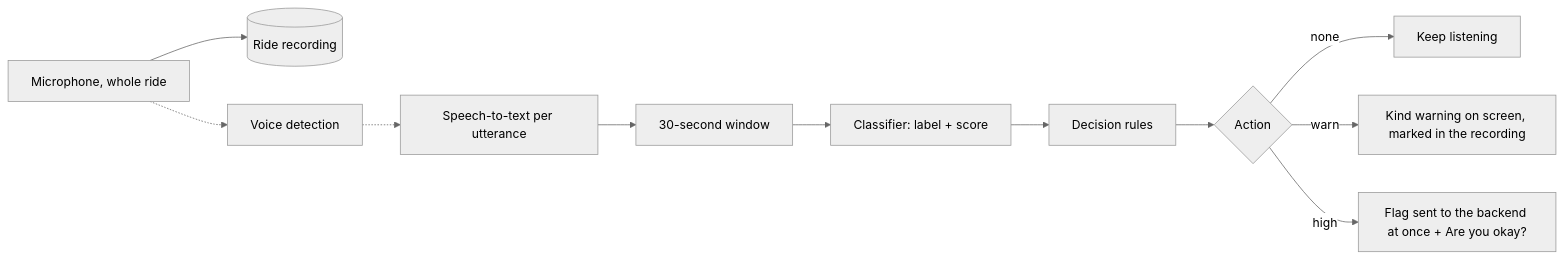
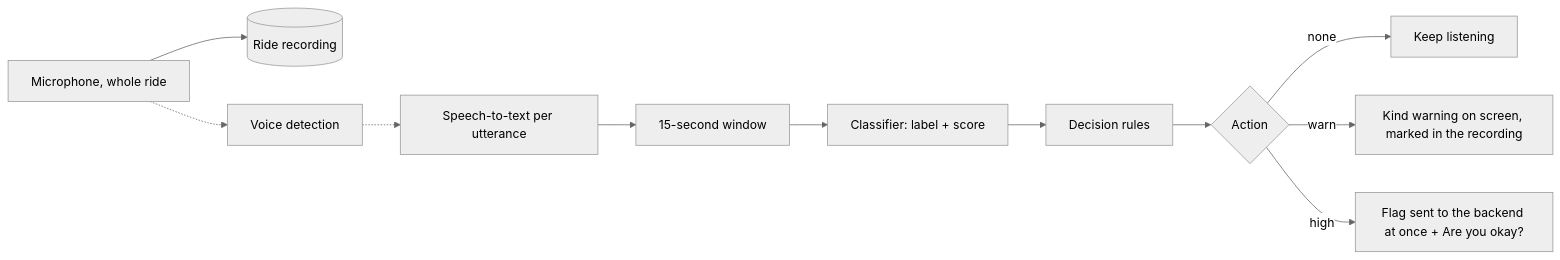
One commit to RahardiSalim/we-are-just-interns-be changed the second of 2 diagrams in mobile/README.md. Above: the diagram before and after it, drawn with Mermaid (neutral theme). The commit also changed other lines of this file and 10 other files, not shown here.

````diff
--- a/mobile/README.md
+++ b/mobile/README.md
@@ -124,13 +124,13 @@
 ```mermaid
 flowchart LR
     M[Microphone, whole ride] --> REC[(Ride recording)]
     M -.-> V[Voice detection]
     V -.-> S[Speech-to-text per utterance]
-    S --> W[30-second window]
+    S --> W[15-second window]
     W --> K[Classifier: label + score]
     K --> E[Decision rules]
     E --> R{Action}
     R -- none --> X[Keep listening]
     R -- warn --> Y[Kind warning on screen, marked in the recording]
     R -- high --> Z[Flag sent to the backend at once + Are you okay?]
 ```
````
